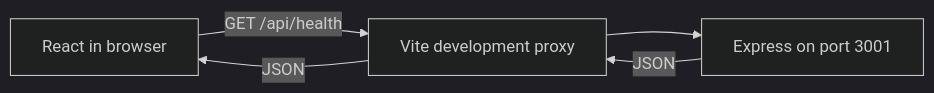
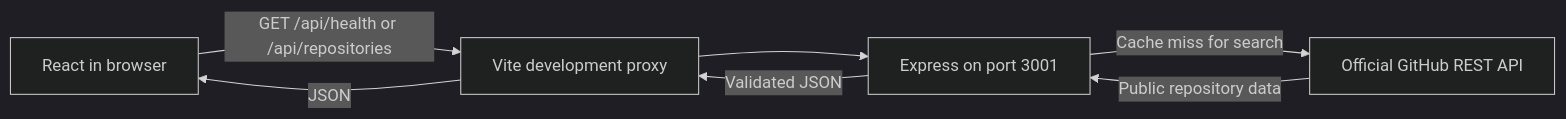
One commit to AliSherLeghari/new-project-reactjs-nodejs changed the diagram in README.md. Above: the diagram before and after it, drawn with Mermaid (dark theme). The commit also changed other lines of this file and 18 other files, not shown here.

Commit message:
feat: implement Phase 3 React search experience and learning guide

````diff
--- a/README.md
+++ b/README.md
@@ -101,7 +107,9 @@
 ```mermaid
 flowchart LR
-  Browser[React in browser] -->|GET /api/health| Vite[Vite development proxy]
+  Browser[React in browser] -->|GET /api/health or /api/repositories| Vite[Vite development proxy]
   Vite --> Express[Express on port 3001]
-  Express -->|JSON| Vite
+  Express -->|Cache miss for search| GitHub[Official GitHub REST API]
+  GitHub -->|Public repository data| Express
+  Express -->|Validated JSON| Vite
   Vite -->|JSON| Browser
 ```
````
